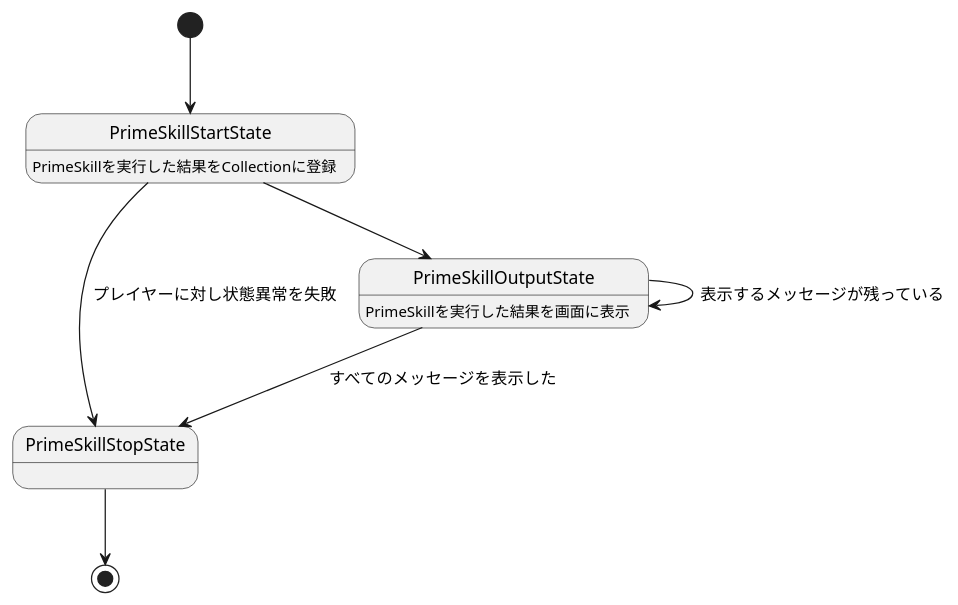
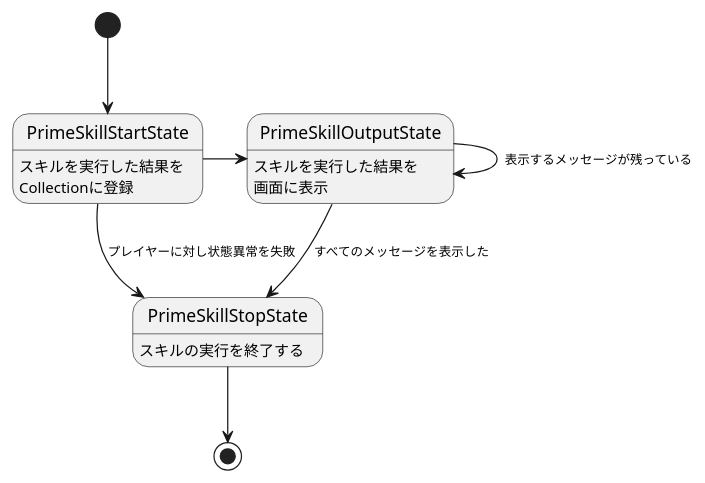
The diagram in Documents/PlantUML/PrimeSkillStateDiagram.puml (natsuhiko-maekawa/RPG), drawn with PlantUML before and after one commit.

Commit message:
PrimeSkillStateDiagramを修正

```diff
--- a/Documents/PlantUML/PrimeSkillStateDiagram.puml
+++ b/Documents/PlantUML/PrimeSkillStateDiagram.puml
@@ -1,11 +1,22 @@
 @startuml
+'https://plantuml.com/ja/state-diagram
+
+<style>
+stateDiagram {
+  arrow {
+    FontSize 10
+  }
+}
+</style>
+
 [*] --> PrimeSkillStartState
 PrimeSkillStartState --> PrimeSkillStopState : プレイヤーに対し状態異常を失敗
-PrimeSkillStartState --> PrimeSkillOutputState
+PrimeSkillStartState -> PrimeSkillOutputState
 PrimeSkillOutputState --> PrimeSkillOutputState : 表示するメッセージが残っている
 PrimeSkillOutputState --> PrimeSkillStopState : すべてのメッセージを表示した
 PrimeSkillStopState --> [*]
 
-PrimeSkillStartState : PrimeSkillを実行した結果をCollectionに登録
-PrimeSkillOutputState : PrimeSkillを実行した結果を画面に表示
+PrimeSkillStartState : スキルを実行した結果を\nCollectionに登録
+PrimeSkillOutputState : スキルを実行した結果を\n画面に表示
+PrimeSkillStopState : スキルの実行を終了する
 @enduml
```
